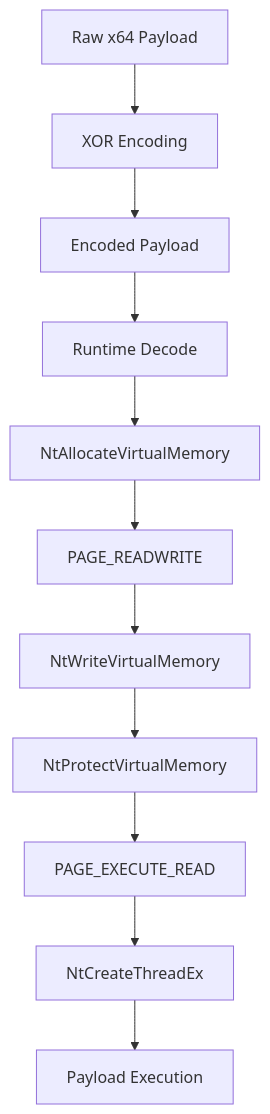
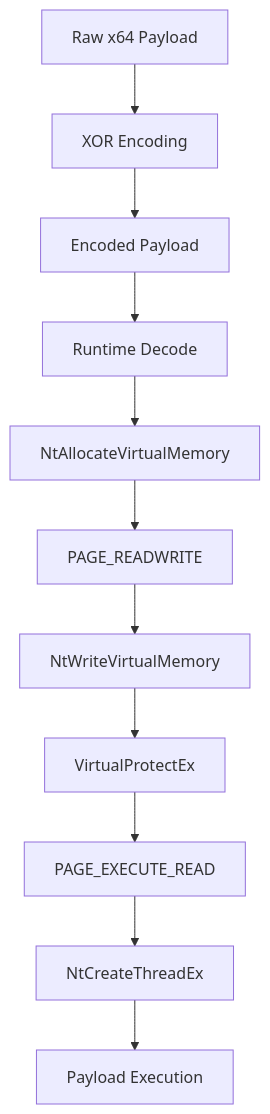
Before and after one commit to T4riiiiq/Evasion: the first of 2 diagrams in README.md, drawn with Mermaid. The commit also changed other lines of this file, not shown here.

````diff
--- a/README.md
+++ b/README.md
@@ -20,13 +17,13 @@
 ```mermaid
 flowchart TD
     A[Raw x64 Payload] --> B[XOR Encoding]
     B --> C[Encoded Payload]
     C --> D[Runtime Decode]
     D --> E[NtAllocateVirtualMemory]
     E --> F[PAGE_READWRITE]
     F --> G[NtWriteVirtualMemory]
-    G --> H[NtProtectVirtualMemory]
+    G --> H[VirtualProtectEx]
     H --> I[PAGE_EXECUTE_READ]
     I --> J[NtCreateThreadEx]
     J --> K[Payload Execution]
 ```
````
